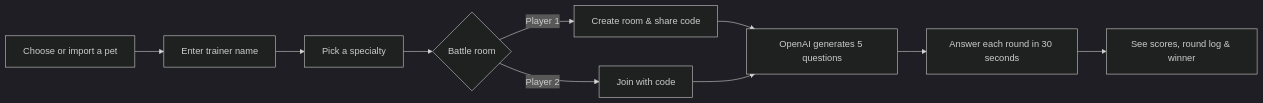
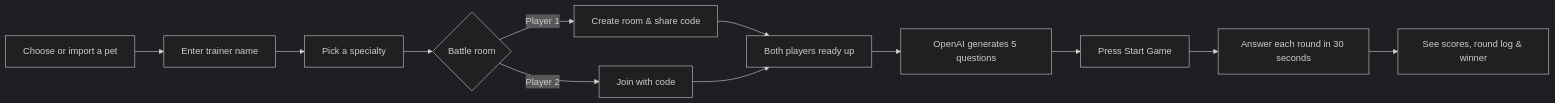
One commit to ankushop2/Codexeum changed the first of 2 diagrams in README.md. Above: the diagram before and after it, drawn with Mermaid (dark theme). The commit also changed other lines of this file and 8 other files, not shown here.

Commit message:
Add bot games and explicit ready and start flow

````diff
--- a/README.md
+++ b/README.md
@@ -29,12 +29,14 @@
 ```mermaid
 flowchart LR
     A[Choose or import a pet] --> B[Enter trainer name]
     B --> C[Pick a specialty]
     C --> D{Battle room}
     D -->|Player 1| E[Create room & share code]
     D -->|Player 2| F[Join with code]
-    E --> G[OpenAI generates 5 questions]
-    F --> G
-    G --> H[Answer each round in 30 seconds]
+    E --> R[Both players ready up]
+    F --> R
+    R --> G[OpenAI generates 5 questions]
+    G --> S[Press Start Game]
+    S --> H[Answer each round in 30 seconds]
     H --> I[See scores, round log & winner]
 ```
````
